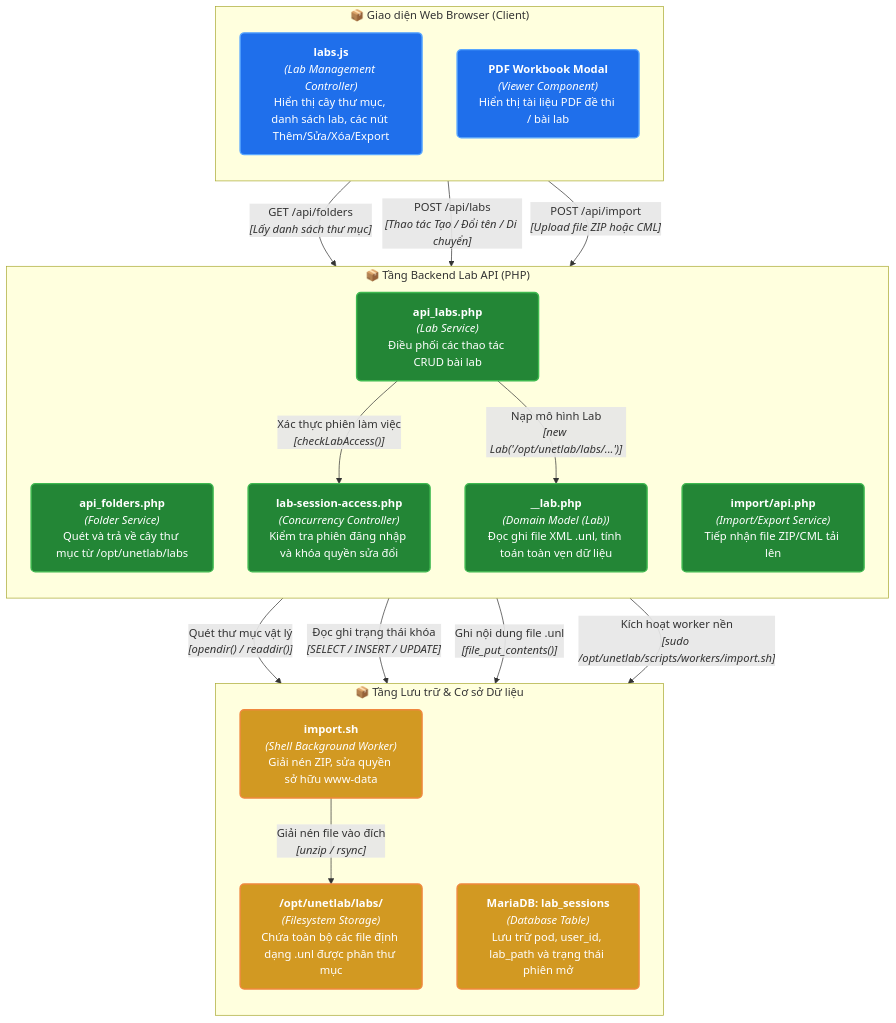
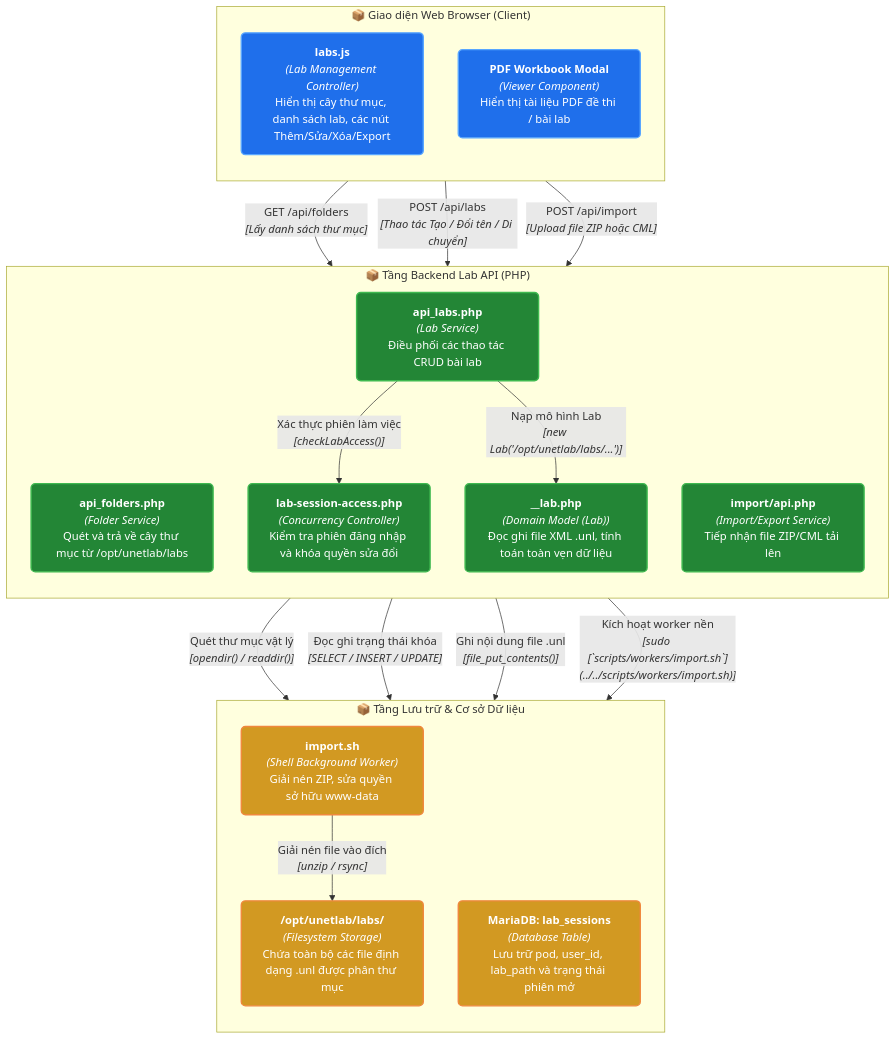
One commit to Luuxinhxinh/pnet-v8 changed the diagram in docs/01-feature-groups/04-lab-management-collaboration.md. Above: the diagram before and after it, drawn with Mermaid. The commit also changed other lines of this file and 92 other files, not shown here.

````diff
--- a/docs/01-feature-groups/04-lab-management-collaboration.md
+++ b/docs/01-feature-groups/04-lab-management-collaboration.md
@@ -55,43 +55,43 @@
 ```mermaid
 flowchart TD
     %% Styling classes
     classDef ui fill:#1f6feb,stroke:#58a6ff,stroke-width:2px,color:#ffffff,rx:6px,ry:6px;
     classDef api fill:#238636,stroke:#3fb950,stroke-width:2px,color:#ffffff,rx:6px,ry:6px;
     classDef wrap fill:#d29922,stroke:#f0883e,stroke-width:2px,color:#ffffff,rx:6px,ry:6px;
     classDef kernel fill:#8957e5,stroke:#a371f7,stroke-width:2px,color:#ffffff,rx:6px,ry:6px;
     classDef storage fill:#21262d,stroke:#8b949e,stroke-width:1.5px,color:#c9d1d9,rx:6px,ry:6px;
 
     subgraph SG_web_client [" 📦 Giao diện Web Browser (Client) "]
         direction TB
         labs_js["<b>labs.js</b><br/><i>(Lab Management Controller)</i><br/>Hiển thị cây thư mục, danh sách lab, các nút Thêm/Sửa/Xóa/Export"]:::ui
         workbook_ui["<b>PDF Workbook Modal</b><br/><i>(Viewer Component)</i><br/>Hiển thị tài liệu PDF đề thi / bài lab"]:::ui
     end
 
     subgraph SG_api_service [" 📦 Tầng Backend Lab API (PHP) "]
         direction TB
         folder_api["<b>api_folders.php</b><br/><i>(Folder Service)</i><br/>Quét và trả về cây thư mục từ /opt/unetlab/labs"]:::api
         lab_api["<b>api_labs.php</b><br/><i>(Lab Service)</i><br/>Điều phối các thao tác CRUD bài lab"]:::api
         session_access["<b>lab-session-access.php</b><br/><i>(Concurrency Controller)</i><br/>Kiểm tra phiên đăng nhập và khóa quyền sửa đổi"]:::api
         import_api["<b>import/api.php</b><br/><i>(Import/Export Service)</i><br/>Tiếp nhận file ZIP/CML tải lên"]:::api
         lab_model["<b>__lab.php</b><br/><i>(Domain Model (Lab))</i><br/>Đọc ghi file XML .unl, tính toán toàn vẹn dữ liệu"]:::api
     end
 
     subgraph SG_storage_layer [" 📦 Tầng Lưu trữ & Cơ sở Dữ liệu "]
         direction TB
         labs_dir["<b>/opt/unetlab/labs/</b><br/><i>(Filesystem Storage)</i><br/>Chứa toàn bộ các file định dạng .unl được phân thư mục"]:::wrap
         import_worker["<b>import.sh</b><br/><i>(Shell Background Worker)</i><br/>Giải nén ZIP, sửa quyền sở hữu www-data"]:::wrap
         db_sessions["<b>MariaDB: lab_sessions</b><br/><i>(Database Table)</i><br/>Lưu trữ pod, user_id, lab_path và trạng thái phiên mở"]:::wrap
     end
 
     %% Quan hệ giữa các thành phần
     labs_js -->|"GET /api/folders<br/><i>[Lấy danh sách thư mục]</i>"| folder_api
     labs_js -->|"POST /api/labs<br/><i>[Thao tác Tạo / Đổi tên / Di chuyển]</i>"| lab_api
     labs_js -->|"POST /api/import<br/><i>[Upload file ZIP hoặc CML]</i>"| import_api
     folder_api -->|"Quét thư mục vật lý<br/><i>[opendir() / readdir()]</i>"| labs_dir
     lab_api -->|"Xác thực phiên làm việc<br/><i>[checkLabAccess()]</i>"| session_access
     session_access -->|"Đọc ghi trạng thái khóa<br/><i>[SELECT / INSERT / UPDATE]</i>"| db_sessions
     lab_api -->|"Nạp mô hình Lab<br/><i>[new Lab('/opt/unetlab/labs/...')]</i>"| lab_model
     lab_model -->|"Ghi nội dung file .unl<br/><i>[file_put_contents()]</i>"| labs_dir
-    import_api -->|"Kích hoạt worker nền<br/><i>[sudo /opt/unetlab/scripts/workers/import.sh]</i>"| import_worker
+    import_api -->|"Kích hoạt worker nền<br/><i>[sudo [`scripts/workers/import.sh`](../../scripts/workers/import.sh)]</i>"| import_worker
     import_worker -->|"Giải nén file vào đích<br/><i>[unzip / rsync]</i>"| labs_dir
 ```
````
